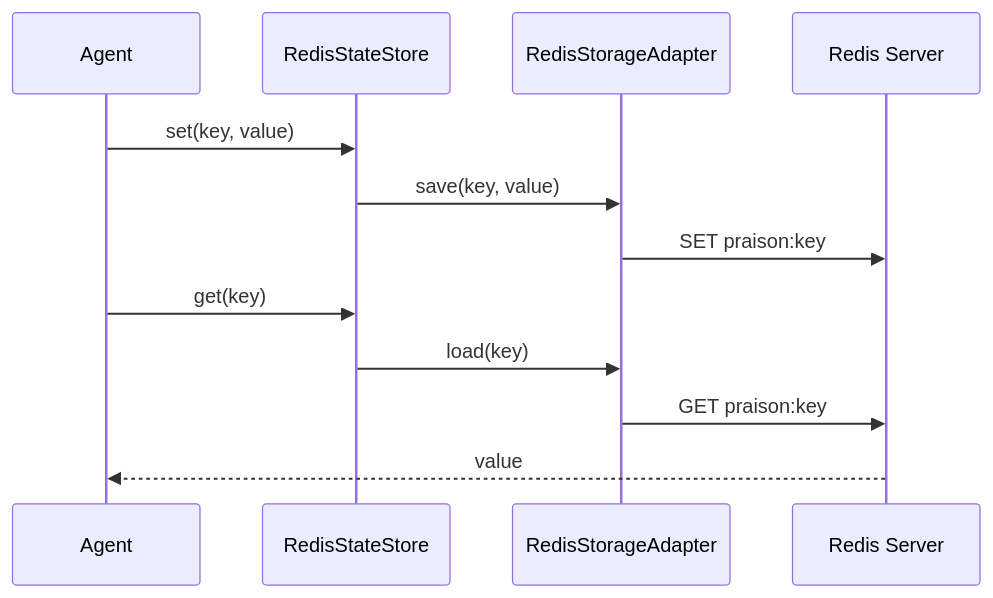
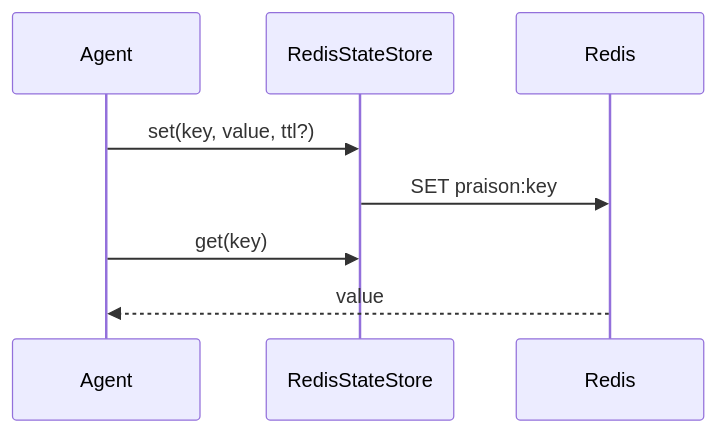
One commit to MervinPraison/PraisonAIDocs changed the second of 2 diagrams in docs/features/persistence-redis.mdx. Above: the diagram before and after it, drawn with Mermaid. The commit also changed other lines of this file and 4 other files, not shown here.

````diff
--- a/docs/features/persistence-redis.mdx
+++ b/docs/features/persistence-redis.mdx
@@ -96,15 +86,11 @@
 ```mermaid
 sequenceDiagram
     participant Agent
-    participant StateStore as RedisStateStore
-    participant Adapter as RedisStorageAdapter
-    participant Redis as Redis Server
-    
-    Agent->>StateStore: set(key, value)
-    StateStore->>Adapter: save(key, value)
-    Adapter->>Redis: SET praison:key
-    Agent->>StateStore: get(key)
-    StateStore->>Adapter: load(key)
-    Adapter->>Redis: GET praison:key
+    participant Store as RedisStateStore
+    participant Redis
+
+    Agent->>Store: set(key, value, ttl?)
+    Store->>Redis: SET praison:key
+    Agent->>Store: get(key)
     Redis-->>Agent: value
 ```
````
